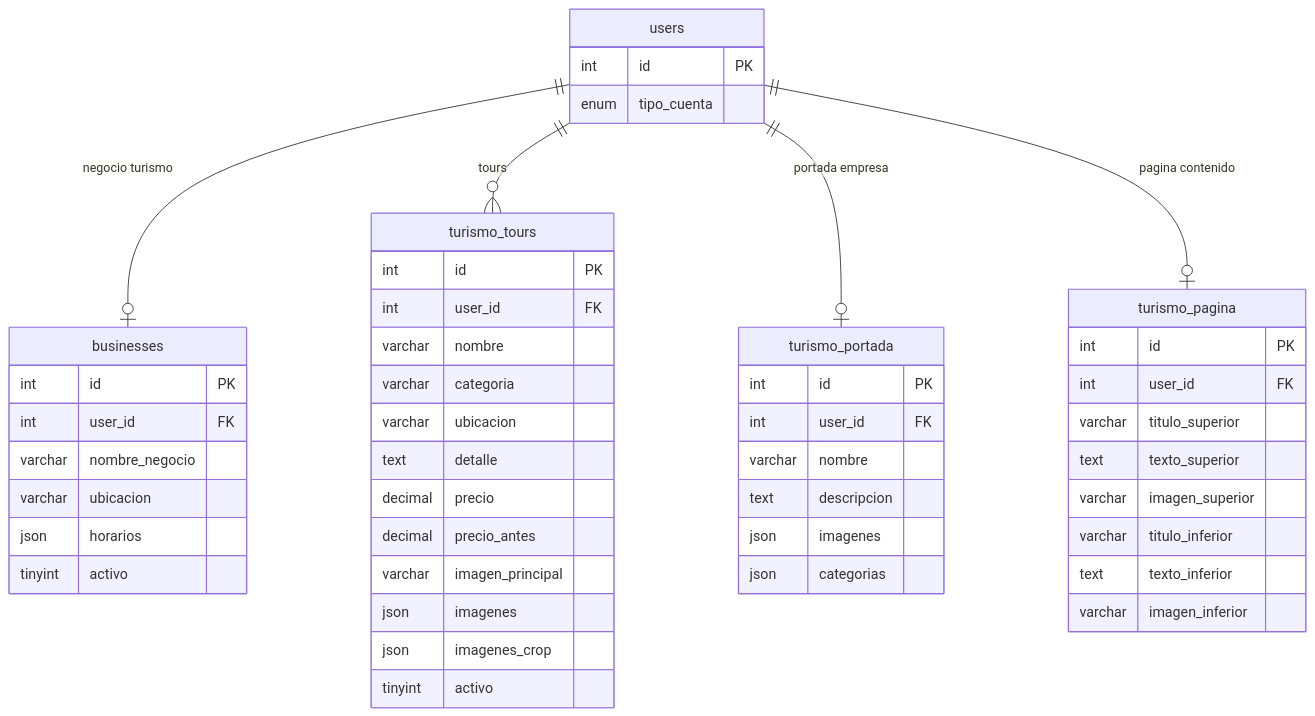
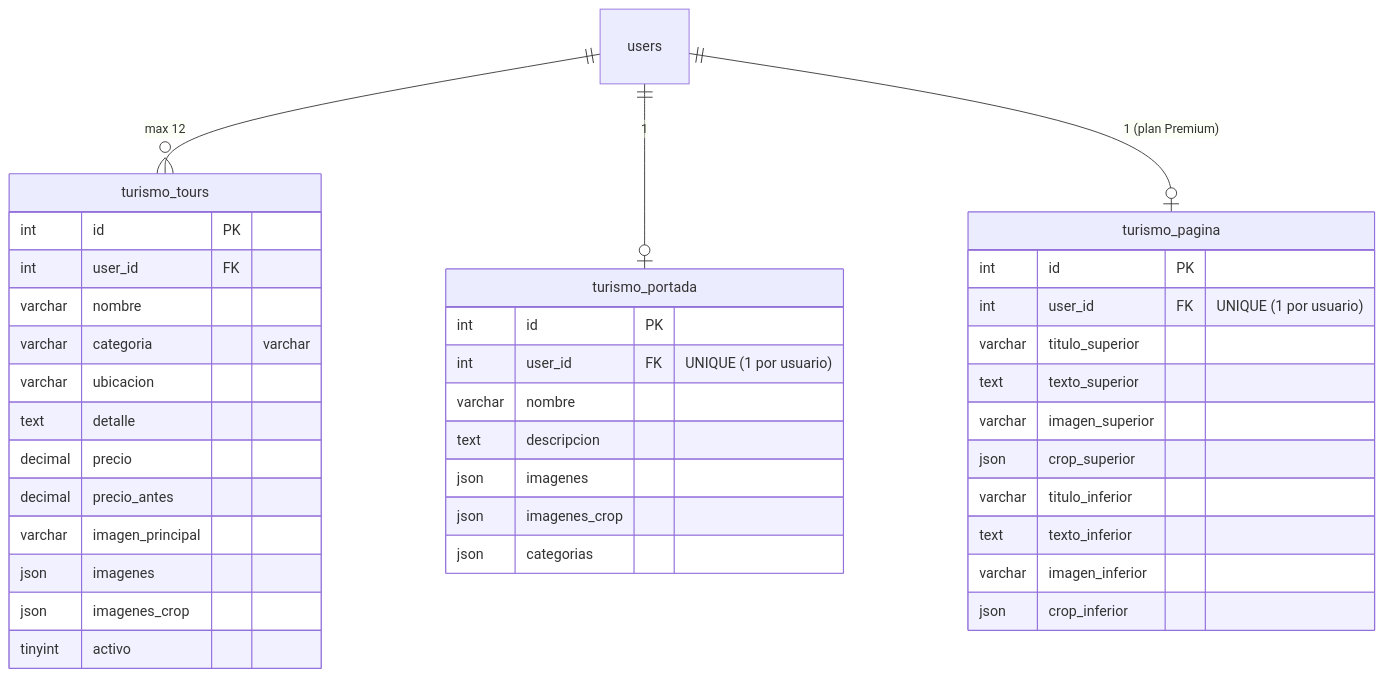
Before and after one commit to pato1982/Solo_un_click: the fourth of 6 diagrams in diagrama_BD.md, drawn with Mermaid. The commit also changed other lines of this file and 2 other files, not shown here.

First line of the commit message:
docs(db-schema-v2): batch C — homologación de diagrama, roadmap y estado real auditoría

````diff
--- a/diagrama_BD.md
+++ b/diagrama_BD.md
@@ -168,56 +190,41 @@
 ```mermaid
 erDiagram
-    users {
-        int id PK
-        enum tipo_cuenta
-    }
-
-    businesses {
-        int id PK
-        int user_id FK
-        varchar nombre_negocio
-        varchar ubicacion
-        json horarios
-        tinyint activo
-    }
-
     turismo_tours {
         int id PK
         int user_id FK
         varchar nombre
-        varchar categoria
+        varchar categoria "varchar"
         varchar ubicacion
         text detalle
         decimal precio
         decimal precio_antes
         varchar imagen_principal
         json imagenes
         json imagenes_crop
         tinyint activo
     }
-
     turismo_portada {
         int id PK
-        int user_id FK
+        int user_id FK "UNIQUE (1 por usuario)"
         varchar nombre
         text descripcion
         json imagenes
+        json imagenes_crop
         json categorias
     }
-
     turismo_pagina {
         int id PK
-        int user_id FK
+        int user_id FK "UNIQUE (1 por usuario)"
         varchar titulo_superior
         text texto_superior
         varchar imagen_superior
+        json crop_superior
         varchar titulo_inferior
         text texto_inferior
         varchar imagen_inferior
+        json crop_inferior
     }
-
-    users ||--o| businesses : "negocio turismo"
-    users ||--o{ turismo_tours : "tours"
-    users ||--o| turismo_portada : "portada empresa"
-    users ||--o| turismo_pagina : "pagina contenido"
+    users ||--o{ turismo_tours : "max 12"
+    users ||--o| turismo_portada : "1"
+    users ||--o| turismo_pagina : "1 (plan Premium)"
 ```
````
